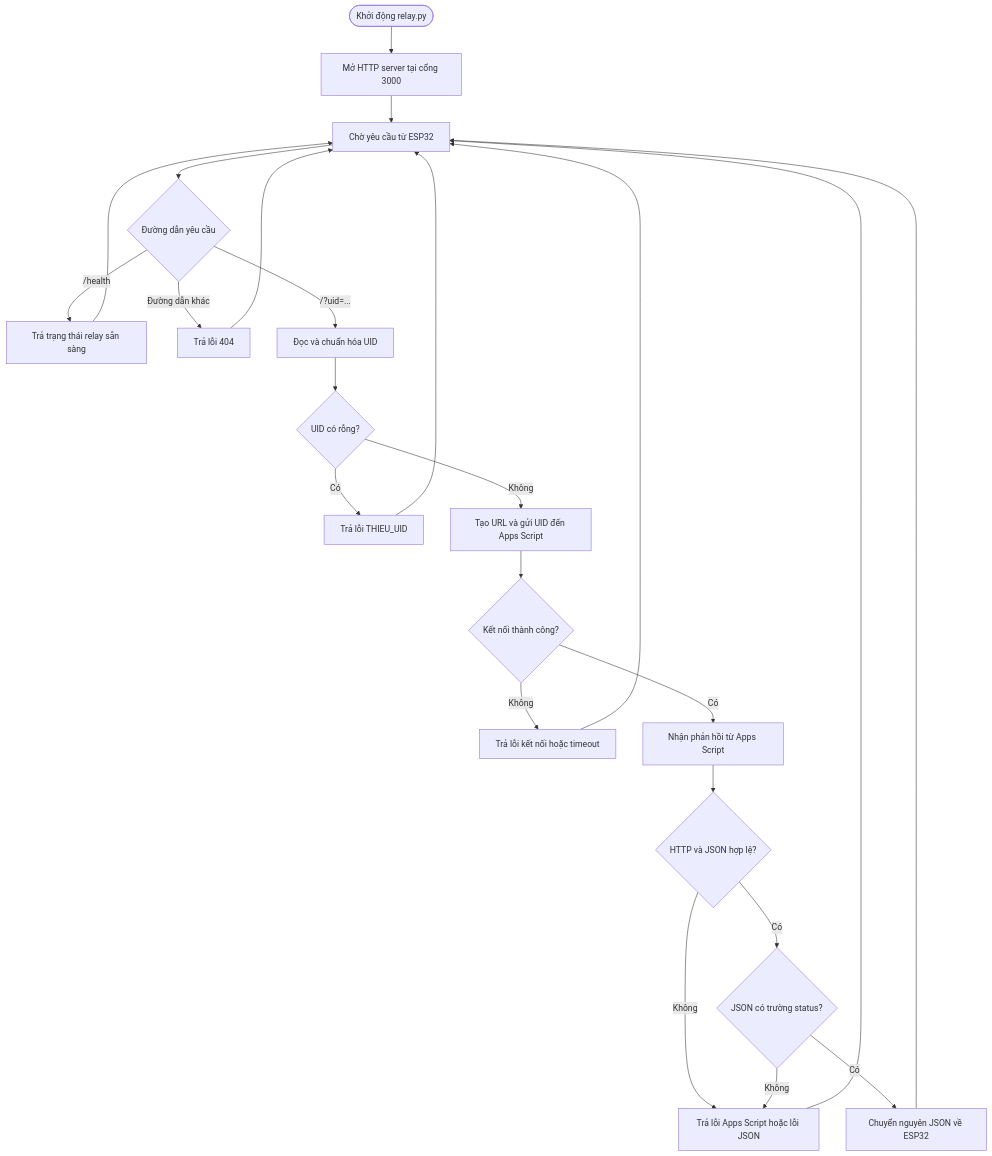
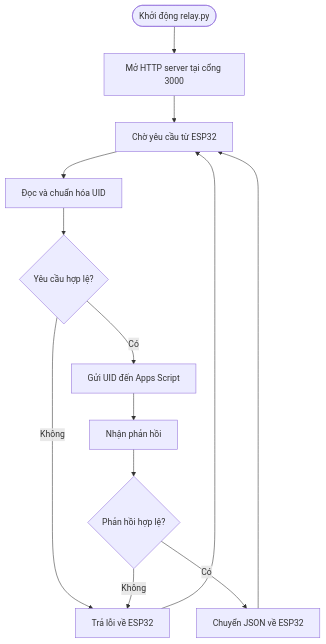
The second of 3 diagrams in LUU_DO_TONG.md (nguyen-mowftee2006/iot-tx2-project-ver1), drawn with Mermaid before and after one commit. The commit also changed other lines of this file, not shown here.

````diff
--- a/LUU_DO_TONG.md
+++ b/LUU_DO_TONG.md
@@ -42,28 +27,15 @@
 ```mermaid
 flowchart TD
     A([Khởi động relay.py]) --> B[Mở HTTP server tại cổng 3000]
     B --> C[Chờ yêu cầu từ ESP32]
-    C --> D{Đường dẫn yêu cầu}
-    D -- /health --> E[Trả trạng thái relay sẵn sàng]
-    D -- Đường dẫn khác --> F[Trả lỗi 404]
-    D -- /?uid=... --> G[Đọc và chuẩn hóa UID]
-
-    G --> H{UID có rỗng?}
-    H -- Có --> I[Trả lỗi THIEU_UID]
-    H -- Không --> J[Tạo URL và gửi UID đến Apps Script]
-    J --> K{Kết nối thành công?}
-    K -- Không --> L[Trả lỗi kết nối hoặc timeout]
-    K -- Có --> M[Nhận phản hồi từ Apps Script]
-    M --> N{HTTP và JSON hợp lệ?}
-    N -- Không --> O[Trả lỗi Apps Script hoặc lỗi JSON]
-    N -- Có --> P{JSON có trường status?}
-    P -- Không --> O
-    P -- Có --> Q[Chuyển nguyên JSON về ESP32]
-
-    E --> C
+    C --> D[Đọc và chuẩn hóa UID]
+    D --> E{Yêu cầu hợp lệ?}
+    E -- Không --> F[Trả lỗi về ESP32]
+    E -- Có --> G[Gửi UID đến Apps Script]
+    G --> H[Nhận phản hồi]
+    H --> I{Phản hồi hợp lệ?}
+    I -- Không --> F
+    I -- Có --> J[Chuyển JSON về ESP32]
     F --> C
-    I --> C
-    L --> C
-    O --> C
-    Q --> C
+    J --> C
 ```
````
